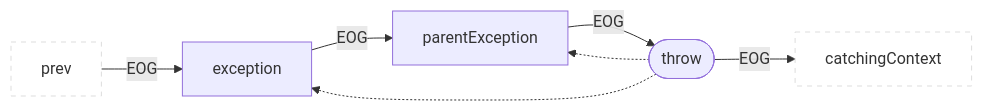
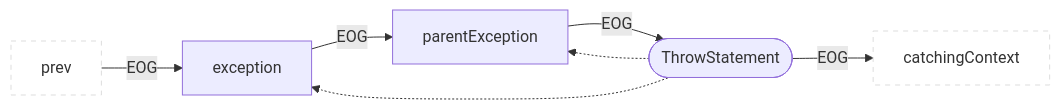
Before and after one commit to Fraunhofer-AISEC/cpg: diagram 19 of 41 in docs/docs/CPG/specs/eog.md, drawn with Mermaid. The commit also changed 1 other file, not shown here.

Commit message:
Fix bugs in docs page

````diff
--- a/docs/docs/CPG/specs/eog.md
+++ b/docs/docs/CPG/specs/eog.md
@@ -391,11 +391,11 @@
 ```mermaid
 flowchart LR
   classDef outer fill:#fff,stroke:#ddd,stroke-dasharray:5 5;
   prev:::outer --EOG--> child1["exception"]
   child1 --EOG--> child2["parentException"]
   child2 --EOG-->parent
-  parent(["throw"]) --EOG--> catchingContext:::outer
+  parent(["ThrowStatement"]) --EOG--> catchingContext:::outer
   parent -.-> child1
   parent -.-> child2
 
 ```
````
